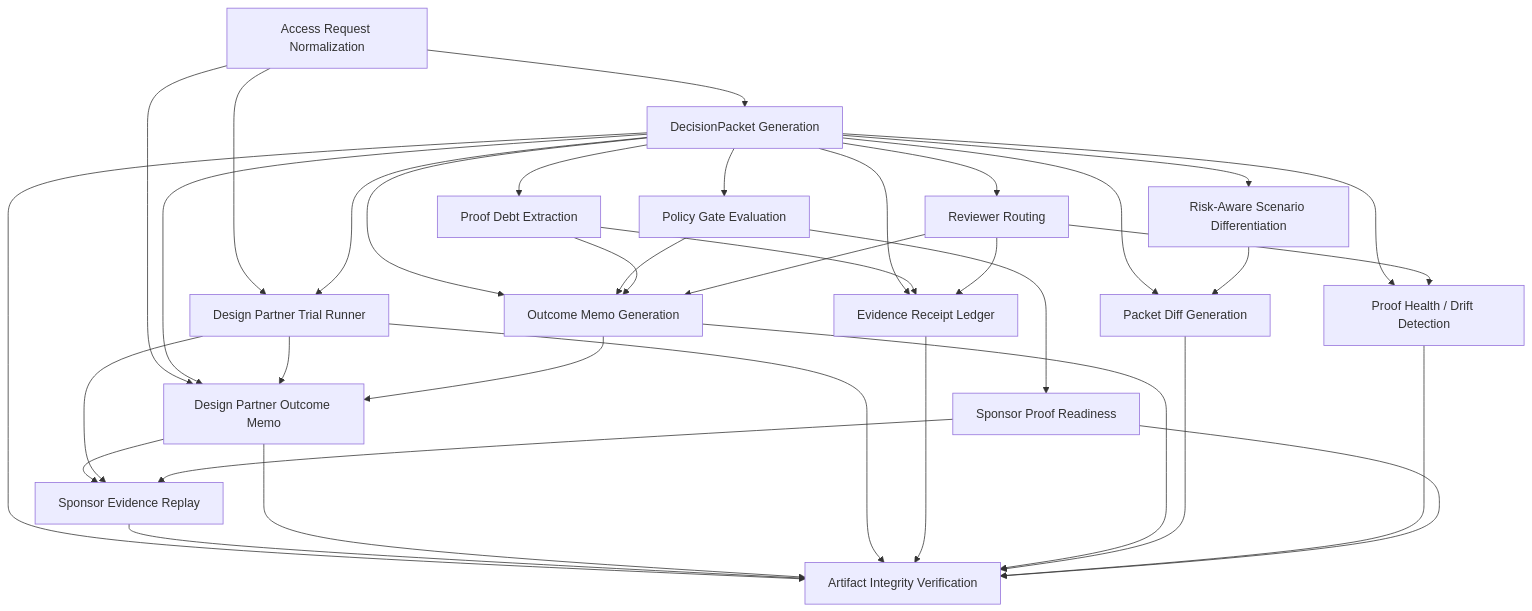
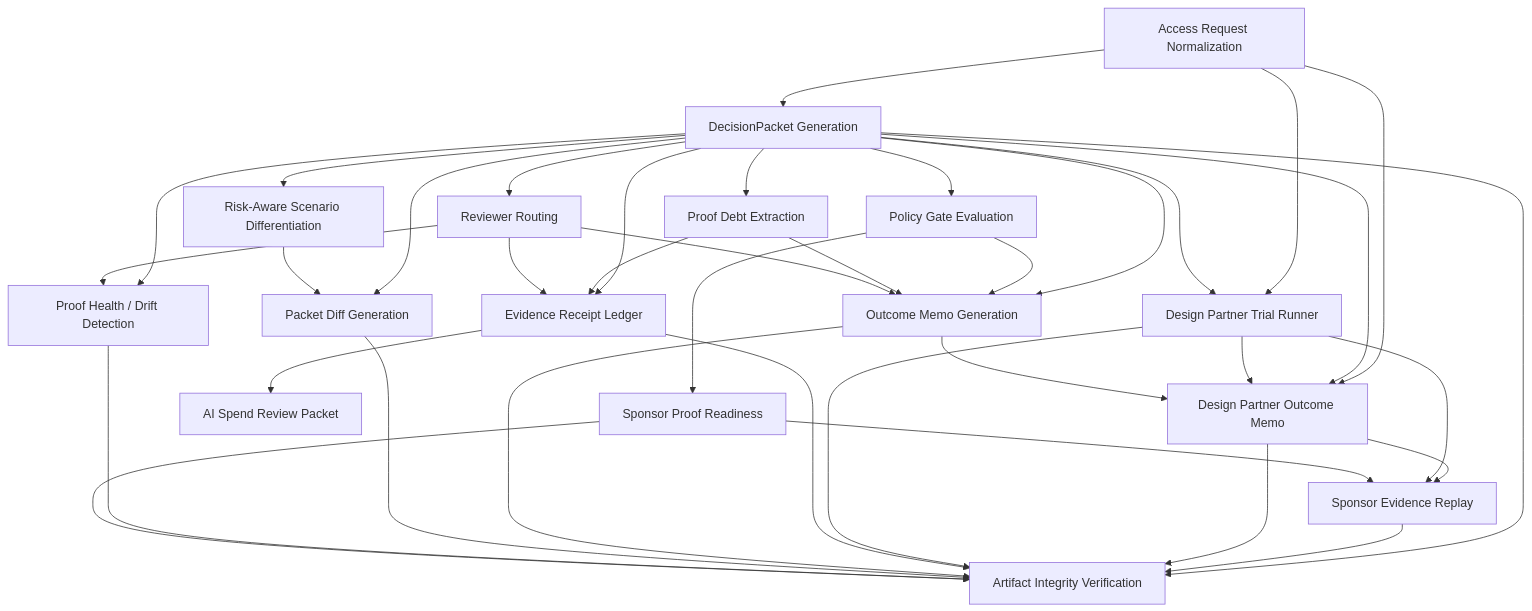
The diagram in docs/AGENT_SKILLS.md (jayeshsuyal/inferenceatlas-agent-demo), drawn with Mermaid before and after one commit. The commit also changed other lines of this file and 28 other files, not shown here.

Commit message:
feat: add public AI spend review lane

````diff
--- a/docs/AGENT_SKILLS.md
+++ b/docs/AGENT_SKILLS.md
@@ -66,53 +72,55 @@
 ```mermaid
 graph TD
     access_request_normalization["Access Request Normalization"]
     decision_packet_generation["DecisionPacket Generation"]
     policy_gate_evaluation["Policy Gate Evaluation"]
     proof_debt_extraction["Proof Debt Extraction"]
     reviewer_routing["Reviewer Routing"]
     risk_aware_scenario_differentiation["Risk-Aware Scenario Differentiation"]
     design_partner_evidence_replay["Sponsor Evidence Replay"]
     design_partner_outcome_memo["Design Partner Outcome Memo"]
     design_partner_trial_runner["Design Partner Trial Runner"]
     outcome_memo_generation["Outcome Memo Generation"]
     packet_diff_generation["Packet Diff Generation"]
     artifact_integrity_verification["Artifact Integrity Verification"]
     evidence_receipt_ledger["Evidence Receipt Ledger"]
     proof_health_drift_detection["Proof Health / Drift Detection"]
+    ai_spend_review_packet["AI Spend Review Packet"]
     sponsor_proof_readiness["Sponsor Proof Readiness"]
     access_request_normalization --> decision_packet_generation
     decision_packet_generation --> policy_gate_evaluation
     decision_packet_generation --> proof_debt_extraction
     decision_packet_generation --> reviewer_routing
     decision_packet_generation --> risk_aware_scenario_differentiation
     design_partner_outcome_memo --> design_partner_evidence_replay
     design_partner_trial_runner --> design_partner_evidence_replay
     sponsor_proof_readiness --> design_partner_evidence_replay
     access_request_normalization --> design_partner_outcome_memo
     decision_packet_generation --> design_partner_outcome_memo
     design_partner_trial_runner --> design_partner_outcome_memo
     outcome_memo_generation --> design_partner_outcome_memo
     access_request_normalization --> design_partner_trial_runner
     decision_packet_generation --> design_partner_trial_runner
     decision_packet_generation --> outcome_memo_generation
     policy_gate_evaluation --> outcome_memo_generation
     proof_debt_extraction --> outcome_memo_generation
     reviewer_routing --> outcome_memo_generation
     decision_packet_generation --> packet_diff_generation
     risk_aware_scenario_differentiation --> packet_diff_generation
     decision_packet_generation --> artifact_integrity_verification
     design_partner_evidence_replay --> artifact_integrity_verification
     design_partner_outcome_memo --> artifact_integrity_verification
     design_partner_trial_runner --> artifact_integrity_verification
     evidence_receipt_ledger --> artifact_integrity_verification
     outcome_memo_generation --> artifact_integrity_verification
     packet_diff_generation --> artifact_integrity_verification
     proof_health_drift_detection --> artifact_integrity_verification
     sponsor_proof_readiness --> artifact_integrity_verification
     decision_packet_generation --> evidence_receipt_ledger
     proof_debt_extraction --> evidence_receipt_ledger
     reviewer_routing --> evidence_receipt_ledger
     decision_packet_generation --> proof_health_drift_detection
     reviewer_routing --> proof_health_drift_detection
+    evidence_receipt_ledger --> ai_spend_review_packet
     policy_gate_evaluation --> sponsor_proof_readiness
 ```
````
